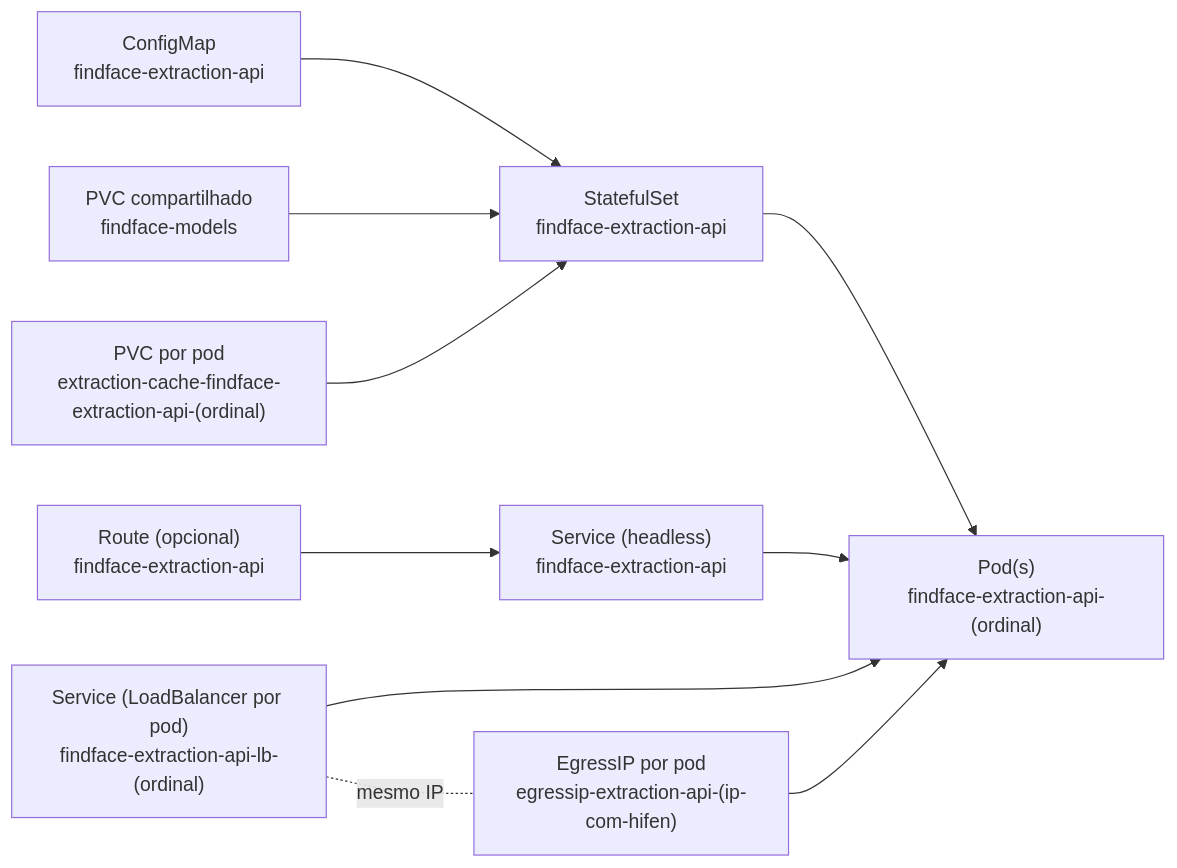
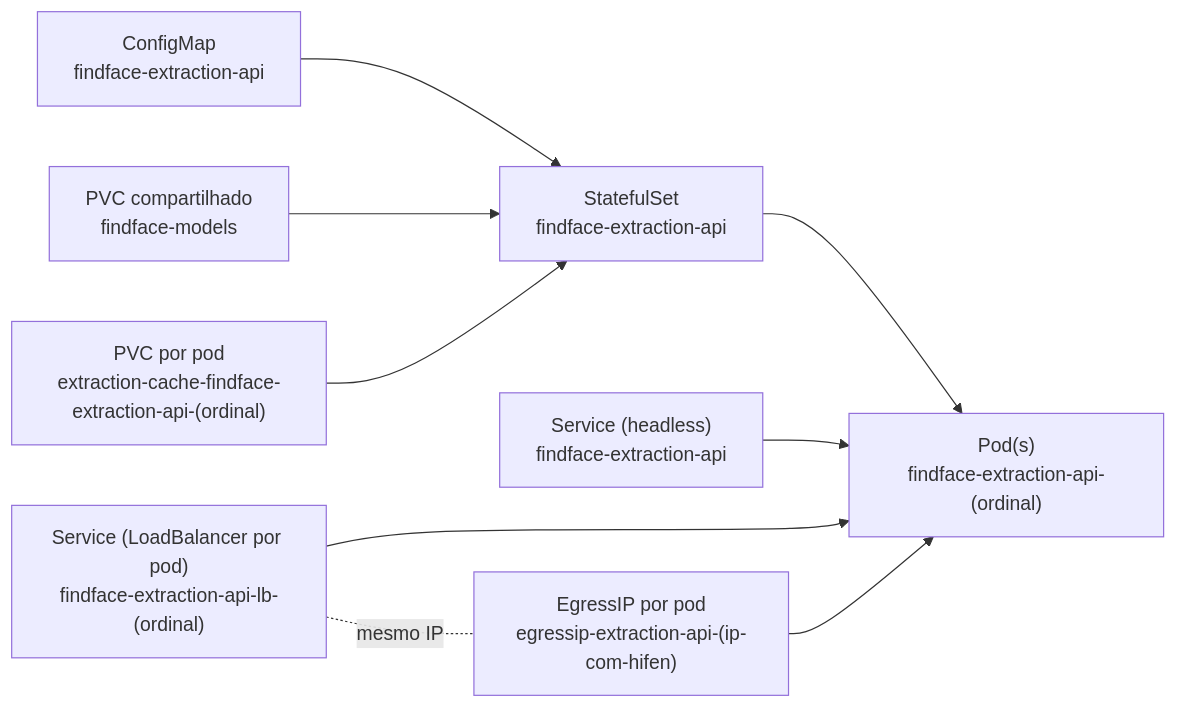
One commit to dsferreira54/findface-openshift changed the second of 2 diagrams in README.md. Above: the diagram before and after it, drawn with Mermaid. The commit also changed other lines of this file and 3 other files, not shown here.

Commit message:
Remove optional OpenShift Route for extraction-api

````diff
--- a/README.md
+++ b/README.md
@@ -311,22 +287,20 @@
 ```mermaid
 flowchart LR
   EX_CM["ConfigMap\nfindface-extraction-api"]
   EX_STS["StatefulSet\nfindface-extraction-api"]
   EX_POD["Pod(s)\nfindface-extraction-api-(ordinal)"]
   EX_SVC_HEAD["Service (headless)\nfindface-extraction-api"]
   EX_SVC_LB["Service (LoadBalancer por pod)\nfindface-extraction-api-lb-(ordinal)"]
   EX_EIP["EgressIP por pod\negressip-extraction-api-(ip-com-hifen)"]
-  EX_ROUTE["Route (opcional)\nfindface-extraction-api"]
   SH_MODELS["PVC compartilhado\nfindface-models"]
   EX_PVC_CACHE["PVC por pod\nextraction-cache-findface-extraction-api-(ordinal)"]
 
   EX_CM --> EX_STS
   SH_MODELS --> EX_STS
   EX_PVC_CACHE --> EX_STS
   EX_STS --> EX_POD
   EX_SVC_HEAD --> EX_POD
   EX_SVC_LB --> EX_POD
   EX_EIP --> EX_POD
-  EX_ROUTE --> EX_SVC_HEAD
   EX_SVC_LB -. "mesmo IP" .- EX_EIP
 ```
````
